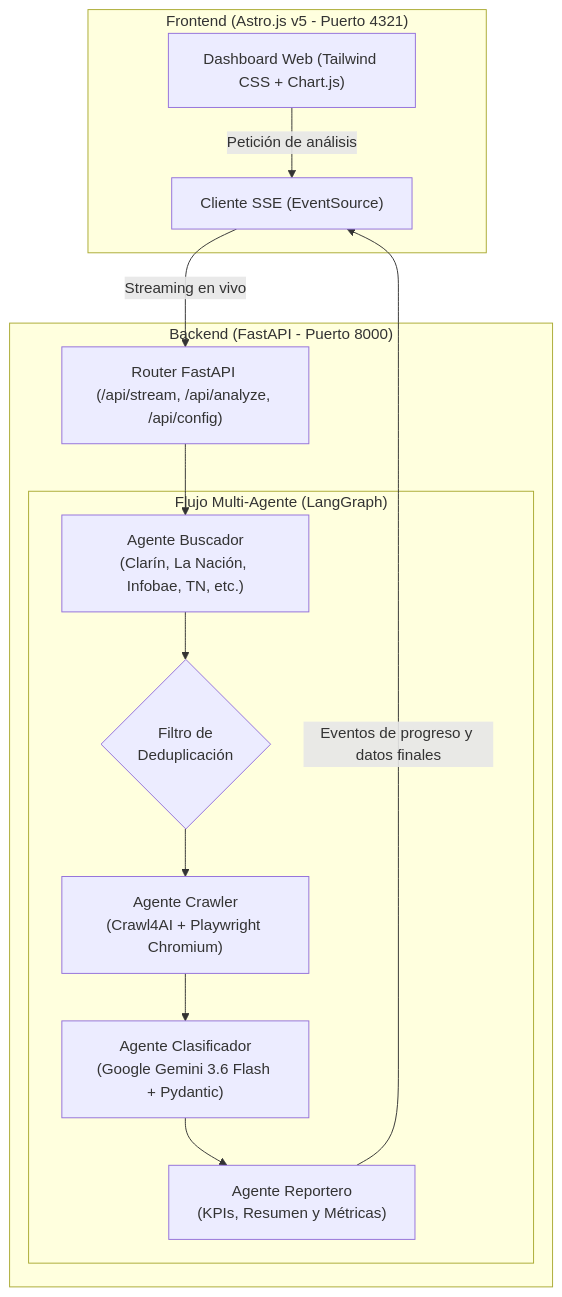
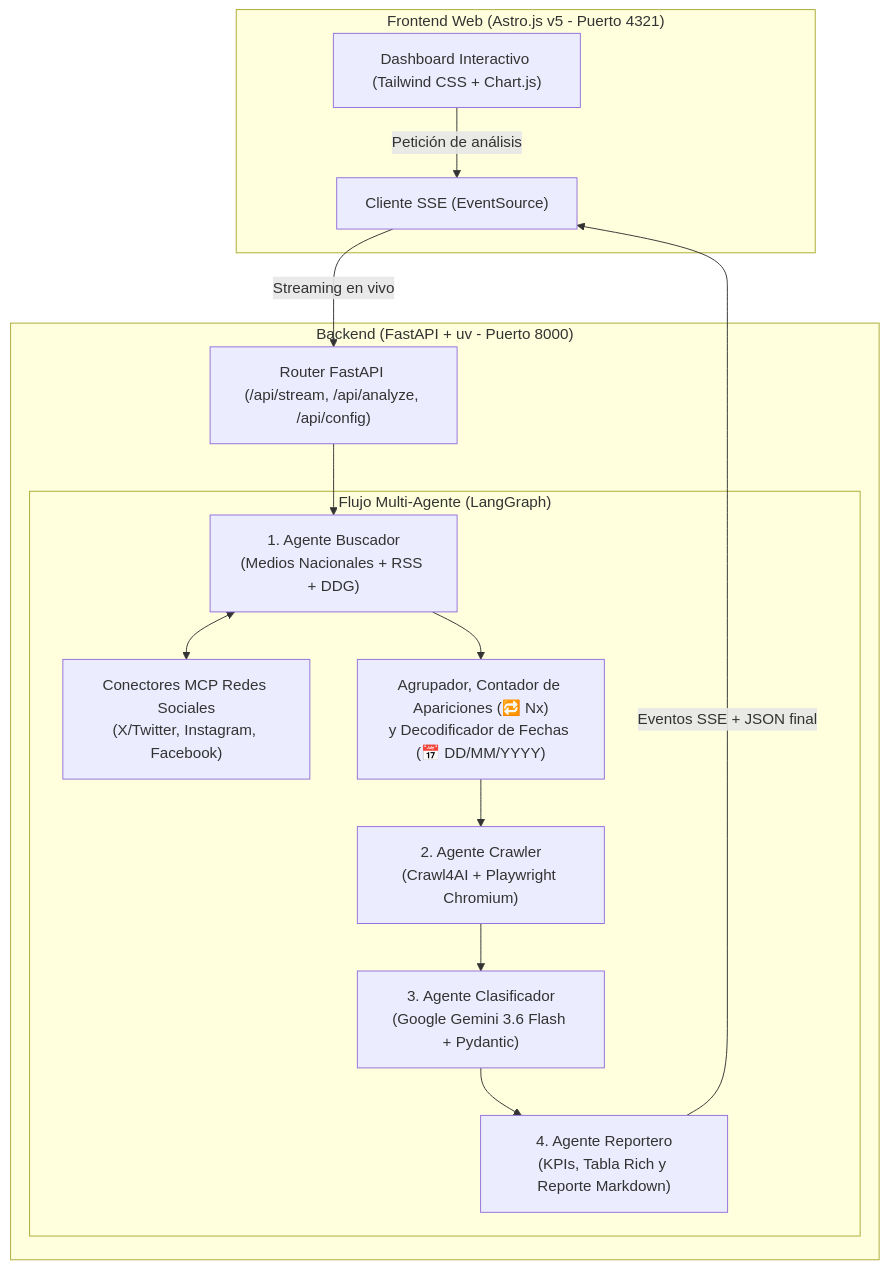
The diagram in README.md (dracero/crawler-batista), drawn with Mermaid before and after one commit. The commit also changed other lines of this file and 15 other files, not shown here.

````diff
--- a/README.md
+++ b/README.md
@@ -39,28 +46,30 @@
 ```mermaid
 flowchart TD
-    subgraph Frontend ["Frontend (Astro.js v5 - Puerto 4321)"]
-        UI["Dashboard Web (Tailwind CSS + Chart.js)"]
+    subgraph Frontend ["Frontend Web (Astro.js v5 - Puerto 4321)"]
+        UI["Dashboard Interactivo (Tailwind CSS + Chart.js)"]
         SSE_Client["Cliente SSE (EventSource)"]
     end
 
-    subgraph Backend ["Backend (FastAPI - Puerto 8000)"]
+    subgraph Backend ["Backend (FastAPI + uv - Puerto 8000)"]
         API["Router FastAPI (/api/stream, /api/analyze, /api/config)"]
         
         subgraph Graph ["Flujo Multi-Agente (LangGraph)"]
-            A1["Agente Buscador<br/>(Clarín, La Nación, Infobae, TN, etc.)"]
-            DEDUP{"Filtro de<br/>Deduplicación"}
-            A2["Agente Crawler<br/>(Crawl4AI + Playwright Chromium)"]
-            A3["Agente Clasificador<br/>(Google Gemini 3.6 Flash + Pydantic)"]
-            A4["Agente Reportero<br/>(KPIs, Resumen y Métricas)"]
+            A1["1. Agente Buscador<br/>(Medios Nacionales + RSS + DDG)"]
+            MCP["Conectores MCP Redes Sociales<br/>(X/Twitter, Instagram, Facebook)"]
+            AGG["Agrupador, Contador de Apariciones (🔁 Nx)<br/>y Decodificador de Fechas (📅 DD/MM/YYYY)"]
+            A2["2. Agente Crawler<br/>(Crawl4AI + Playwright Chromium)"]
+            A3["3. Agente Clasificador<br/>(Google Gemini 3.6 Flash + Pydantic)"]
+            A4["4. Agente Reportero<br/>(KPIs, Tabla Rich y Reporte Markdown)"]
         end
     end
 
     UI -->|Petición de análisis| SSE_Client
     SSE_Client -->|Streaming en vivo| API
     API --> A1
-    A1 --> DEDUP
-    DEDUP --> A2
+    A1 <--> MCP
+    A1 --> AGG
+    AGG --> A2
     A2 --> A3
     A3 --> A4
-    A4 -->|Eventos de progreso y datos finales| SSE_Client
+    A4 -->|Eventos SSE + JSON final| SSE_Client
 ```
````
